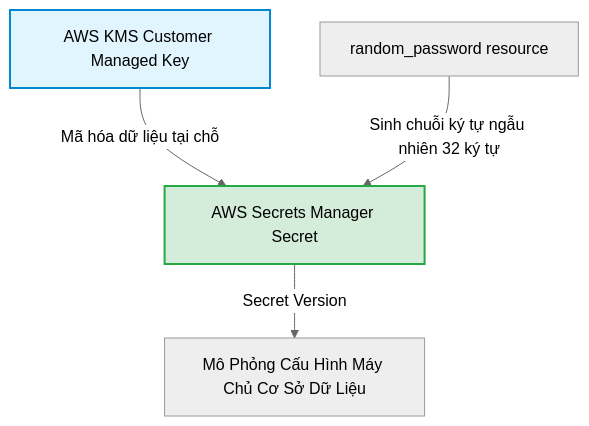
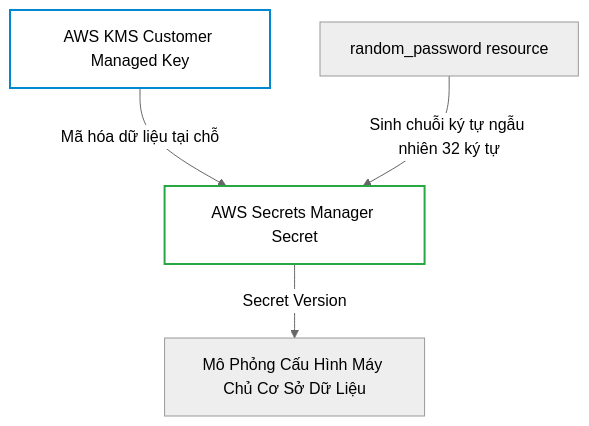
Before and after one commit to kiennt308/ntk: the sixth of 7 diagrams in _posts/2026-09-13-terraform-20-20-quan-ly-secrets-va-du-lieu-sensitive-trong-terraform.md, drawn with Mermaid (neutral theme). The commit also changed other lines of this file and 207 other files, not shown here.

Commit message:
feat(posts): batch standardize all 208 posts with TL;DR, qa-card accordion, fill:none mermaid, and liquid raw wrappers

````diff
--- a/_posts/2026-09-13-terraform-20-20-quan-ly-secrets-va-du-lieu-sensitive-trong-terraform.md
+++ b/_posts/2026-09-13-terraform-20-20-quan-ly-secrets-va-du-lieu-sensitive-trong-terraform.md
@@ -287,11 +291,11 @@
 ```mermaid
 graph TD
     KMS["AWS KMS Customer Managed Key"] -->|Mã hóa dữ liệu tại chỗ| SM["AWS Secrets Manager Secret"]
     RAND["random_password resource"] -->|Sinh chuỗi ký tự ngẫu nhiên 32 ký tự| SM
     SM -->|Secret Version| APP["Mô Phỏng Cấu Hình Máy Chủ Cơ Sở Dữ Liệu"]
 
-    style KMS fill:#e1f5fe,stroke:#0288d1,stroke-width:2px
-    style SM fill:#d4edda,stroke:#28a745,stroke-width:2px
+    style KMS fill:none,stroke:#0288d1,stroke-width:2px
+    style SM fill:none,stroke:#28a745,stroke-width:2px
 
 
 ```
````
